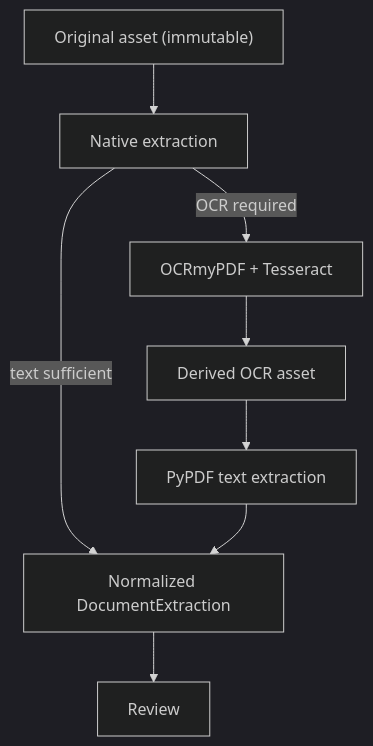
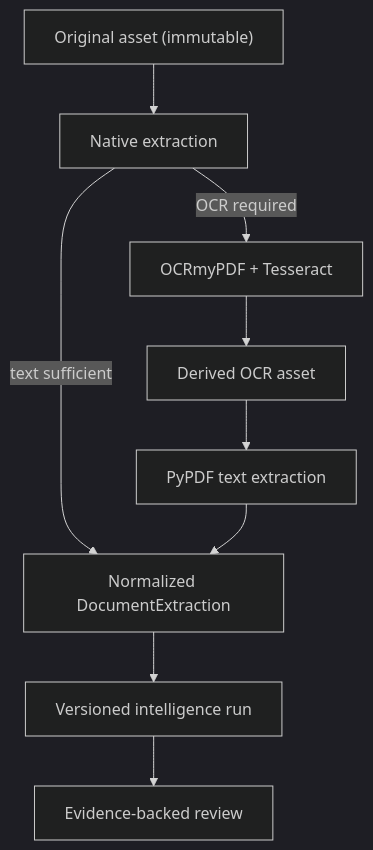
The third of 3 diagrams in docs/ARCHITECTURE.md (maxsmolka/private-document-intelligence), drawn with Mermaid (dark theme) before and after one commit. The commit also changed other lines of this file and 10 other files, not shown here.

````diff
--- a/docs/ARCHITECTURE.md
+++ b/docs/ARCHITECTURE.md
@@ -66,10 +66,11 @@
 ```mermaid
 flowchart TD
     O["Original asset (immutable)"] --> N["Native extraction"]
     N -->|"text sufficient"| E["Normalized DocumentExtraction"]
     N -->|"OCR required"| R["OCRmyPDF + Tesseract"]
     R --> D["Derived OCR asset"]
     D --> P["PyPDF text extraction"]
     P --> E
-    E --> V["Review"]
+    E --> I["Versioned intelligence run"]
+    I --> V["Evidence-backed review"]
 ```
````
